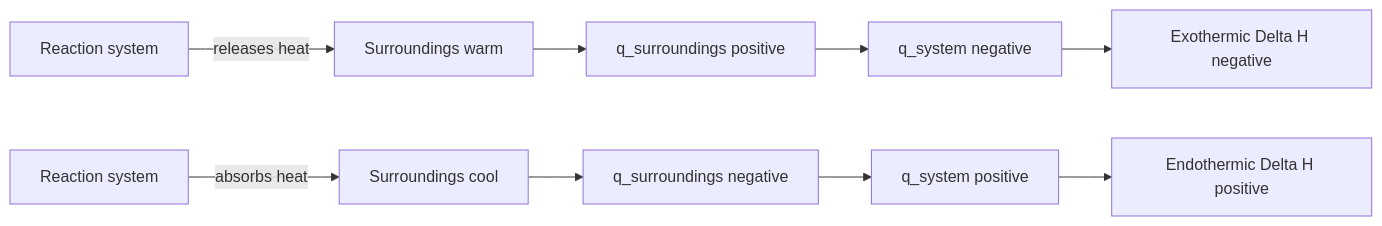
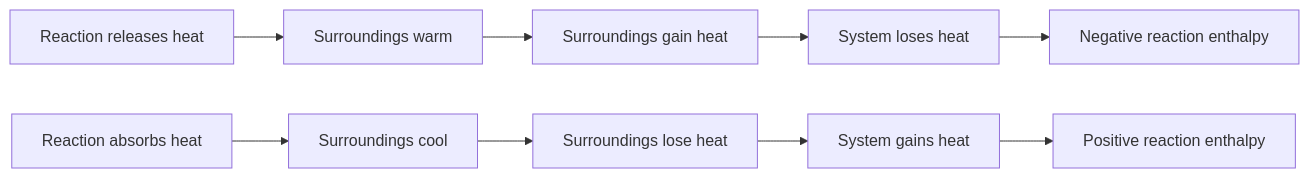
The diagram in docs/chemistry/general/thermochemistry.md (justinbrianhwang/SJ-wiki), drawn with Mermaid before and after one commit. The commit also changed other lines of this file and 955 other files, not shown here.

````diff
--- a/docs/chemistry/general/thermochemistry.md
+++ b/docs/chemistry/general/thermochemistry.md
@@ -56,11 +30,11 @@
 ```mermaid
 flowchart LR
-  A[Reaction system] -- releases heat --> B[Surroundings warm]
-  B --> C[q_surroundings positive]
-  C --> D[q_system negative]
-  D --> E[Exothermic Delta H negative]
-  F[Reaction system] -- absorbs heat --> G[Surroundings cool]
-  G --> H[q_surroundings negative]
-  H --> I[q_system positive]
-  I --> J[Endothermic Delta H positive]
+  A[Reaction releases heat] --> B[Surroundings warm]
+  B --> C[Surroundings gain heat]
+  C --> D[System loses heat]
+  D --> E[Negative reaction enthalpy]
+  F[Reaction absorbs heat] --> G[Surroundings cool]
+  G --> H[Surroundings lose heat]
+  H --> I[System gains heat]
+  I --> J[Positive reaction enthalpy]
 ```
````
